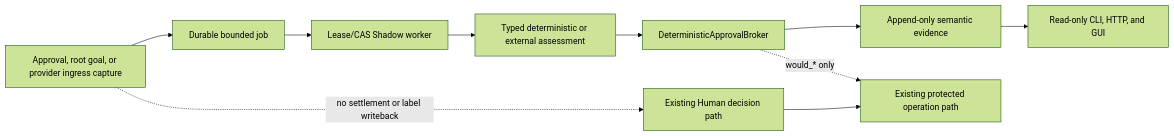
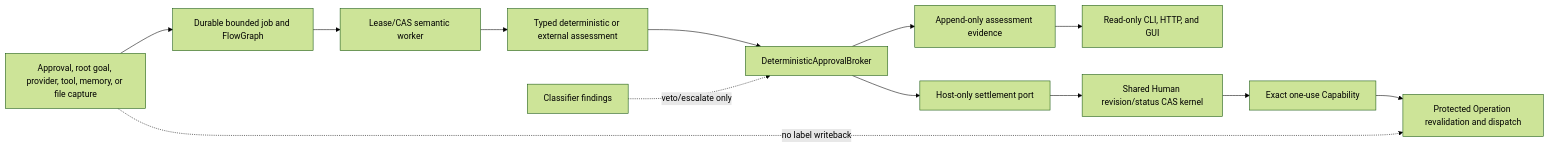
One commit to yingqi-z20/Agent-libOS changed the diagram in docs/semantic_shadow.md. Above: the diagram before and after it, drawn with Mermaid (forest theme). The commit also changed other lines of this file and 429 other files, not shown here.

````diff
--- a/docs/semantic_shadow.md
+++ b/docs/semantic_shadow.md
@@ -38,12 +41,15 @@
 ```mermaid
 flowchart LR
-    C["Approval, root goal, or provider ingress capture"] --> J["Durable bounded job"]
-    J --> W["Lease/CAS Shadow worker"]
+    C["Approval, root goal, provider, tool, memory, or file capture"] --> J["Durable bounded job and FlowGraph"]
+    J --> W["Lease/CAS semantic worker"]
     W --> A["Typed deterministic or external assessment"]
     A --> B["DeterministicApprovalBroker"]
-    B --> E["Append-only semantic evidence"]
+    B --> E["Append-only assessment evidence"]
     E --> R["Read-only CLI, HTTP, and GUI"]
-    H["Existing Human decision path"] --> P["Existing protected operation path"]
-    C -. "no settlement or label writeback" .-> H
-    B -. "would_* only" .-> P
+    B --> S["Host-only settlement port"]
+    S --> H["Shared Human revision/status CAS kernel"]
+    H --> G["Exact one-use Capability"]
+    G --> P["Protected Operation revalidation and dispatch"]
+    C -. "no label writeback" .-> P
+    M["Classifier findings"] -. "veto/escalate only" .-> B
 ```
````
